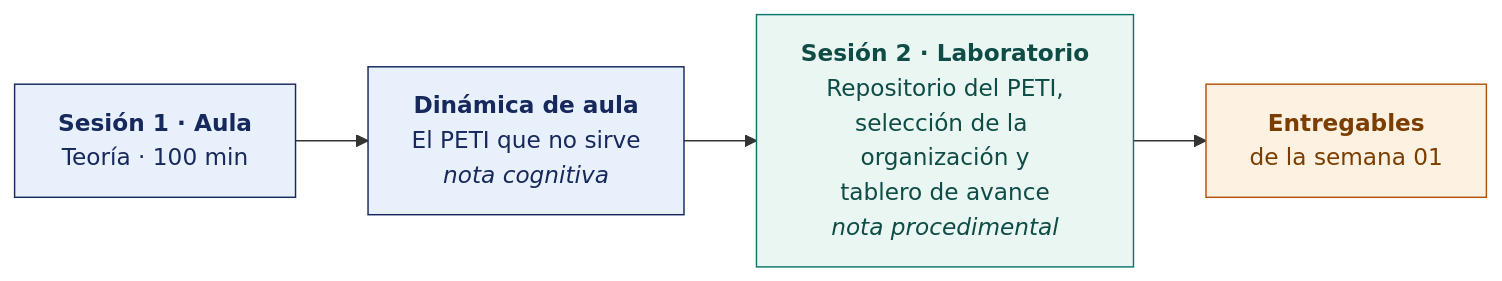
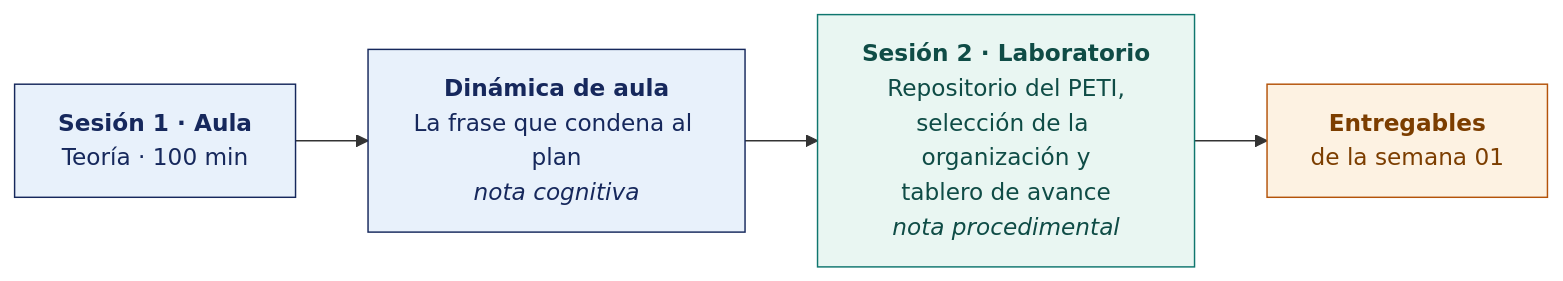
The diagram in SEMANA-01/README.md (OscarJimenezFlores/PETI), drawn with Mermaid before and after one commit. The commit also changed other lines of this file and 4 other files, not shown here.

````diff
--- a/SEMANA-01/README.md
+++ b/SEMANA-01/README.md
@@ -47,14 +47,14 @@
 ```mermaid
 flowchart LR
     A["<b>Sesión 1 · Aula</b><br/>Teoría · 100 min"]
-    B["<b>Dinámica de aula</b><br/>El PETI que no sirve<br/><i>nota cognitiva</i>"]
+    B["<b>Dinámica de aula</b><br/>La frase que condena al plan<br/><i>nota cognitiva</i>"]
     C["<b>Sesión 2 · Laboratorio</b><br/>Repositorio del PETI,<br/>selección de la organización y<br/>tablero de avance<br/><i>nota procedimental</i>"]
     D["<b>Entregables</b><br/>de la semana 01"]
     A --> B --> C --> D
     classDef aula fill:#E8F1FB,stroke:#16285C,stroke-width:1px,color:#16285C;
     classDef lab fill:#E9F6F2,stroke:#0F766E,stroke-width:1px,color:#0F4C46;
     classDef ent fill:#FDF2E2,stroke:#B45309,stroke-width:1px,color:#7C3E00;
     class A,B aula;
     class C lab;
     class D ent;
 ```
````
